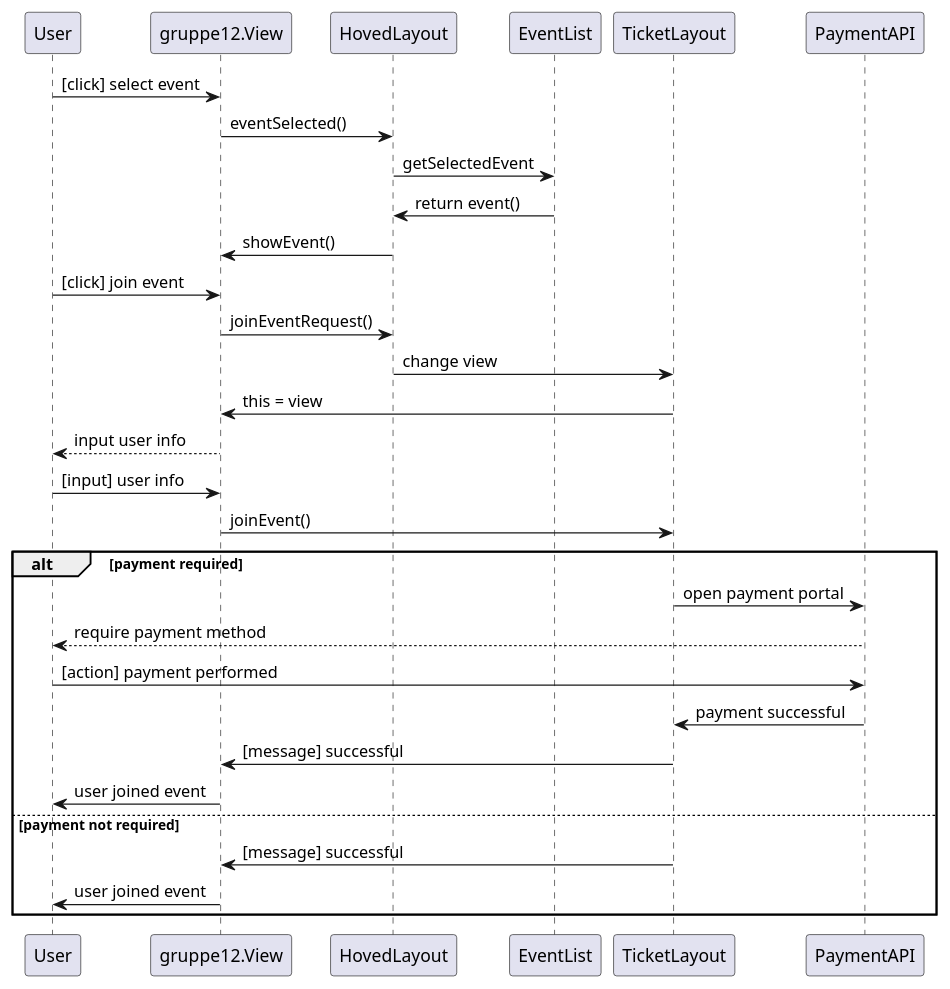
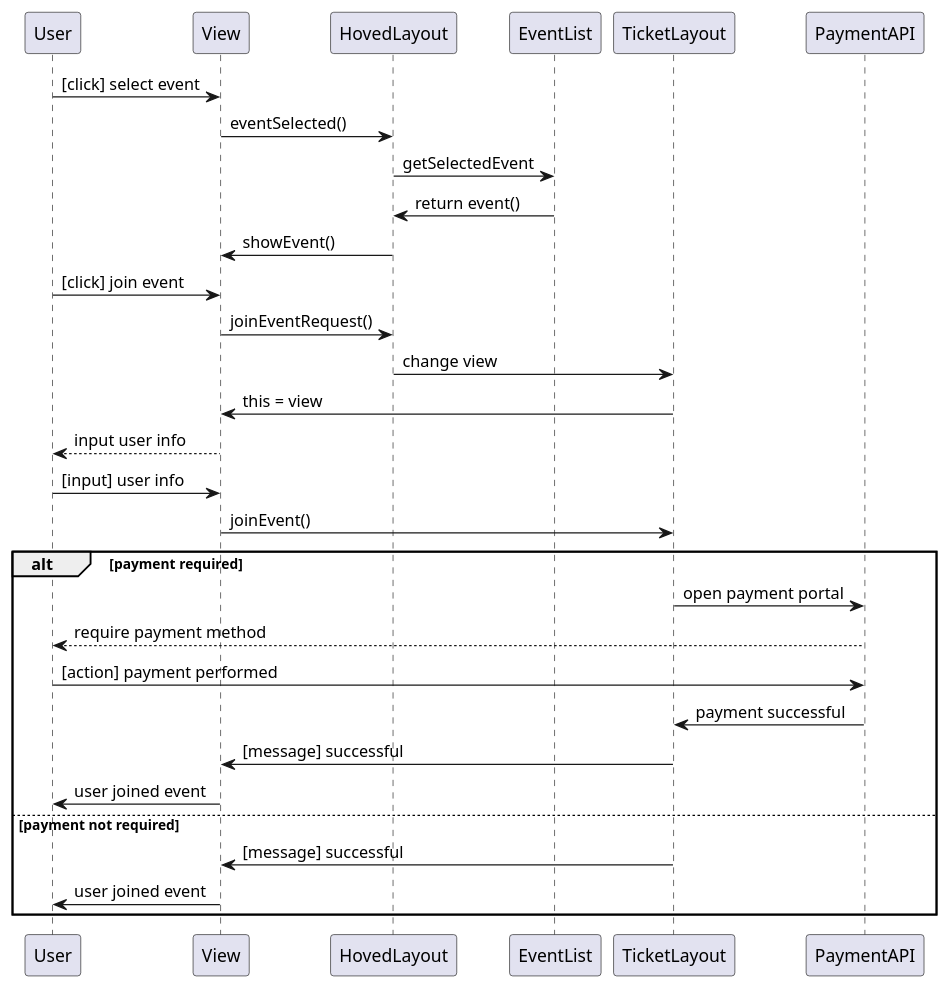
The diagram in src/main/java/gruppe12/Charts/Sequence/alt/UserJoinSequence.puml (simenvl/software-engineering_g12), drawn with PlantUML before and after one commit. The commit also changed 34 other files, not shown here.

```diff
--- a/src/main/java/gruppe12/Charts/Sequence/alt/UserJoinSequence.puml
+++ b/src/main/java/gruppe12/Charts/Sequence/alt/UserJoinSequence.puml
@@ -1,25 +1,25 @@
 @startuml
-User -> gruppe12.View: [click] select event
-gruppe12.View -> HovedLayout: eventSelected()
+User -> View: [click] select event
+View -> HovedLayout: eventSelected()
 HovedLayout -> EventList: getSelectedEvent
 EventList -> HovedLayout: return event()
-HovedLayout -> gruppe12.View: showEvent()
-User -> gruppe12.View: [click] join event
-gruppe12.View -> HovedLayout: joinEventRequest()
+HovedLayout -> View: showEvent()
+User -> View: [click] join event
+View -> HovedLayout: joinEventRequest()
 HovedLayout -> TicketLayout: change view
-TicketLayout -> gruppe12.View: this = view
-gruppe12.View --> User: input user info
-User -> gruppe12.View: [input] user info
-gruppe12.View -> TicketLayout: joinEvent()
+TicketLayout -> View: this = view
+View --> User: input user info
+User -> View: [input] user info
+View -> TicketLayout: joinEvent()
 alt payment required
 TicketLayout -> PaymentAPI: open payment portal
 PaymentAPI --> User: require payment method
 User -> PaymentAPI: [action] payment performed
 PaymentAPI -> TicketLayout: payment successful
-TicketLayout -> gruppe12.View: [message] successful
-gruppe12.View -> User: user joined event
+TicketLayout -> View: [message] successful
+View -> User: user joined event
 else payment not required
-TicketLayout -> gruppe12.View: [message] successful
-gruppe12.View -> User: user joined event
+TicketLayout -> View: [message] successful
+View -> User: user joined event
 end
 @enduml
```
